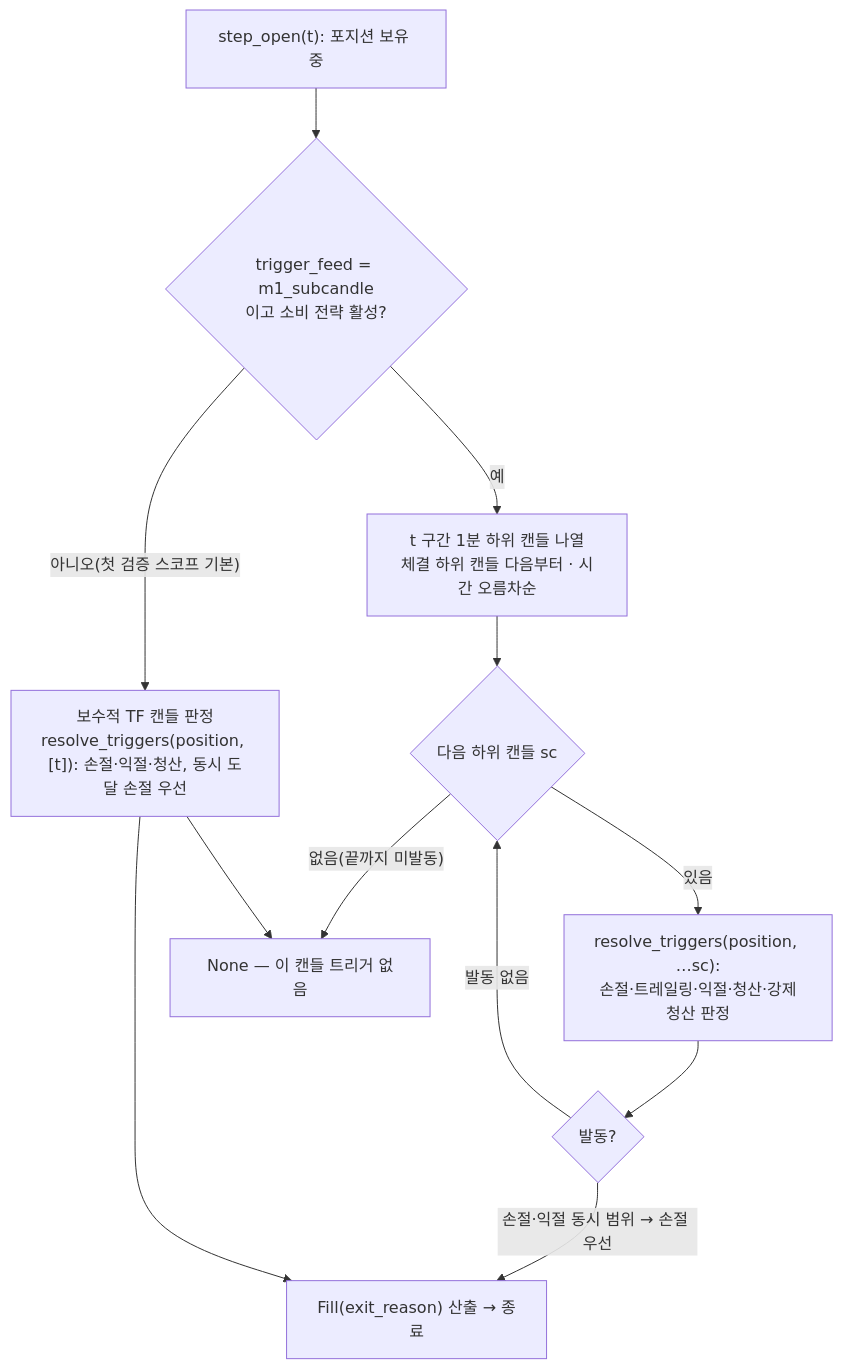
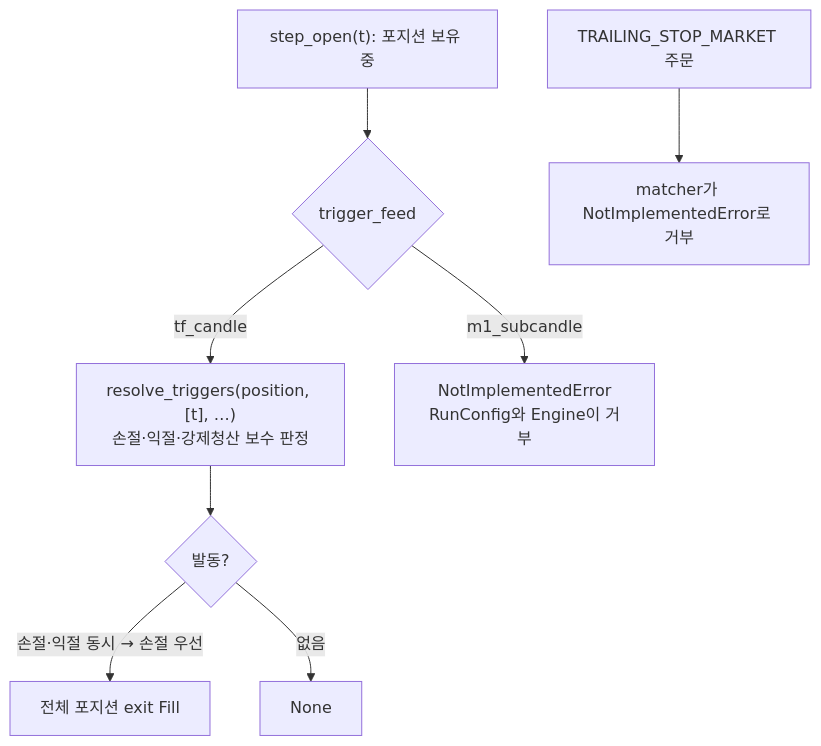
Diagram 29 of 38 in docs/fullspec/backtest_v2_detailed_design.md (vessel35/trading-system-v2), drawn with Mermaid before and after one commit. The commit also changed other lines of this file and 1 other file, not shown here.

````diff
--- a/docs/fullspec/backtest_v2_detailed_design.md
+++ b/docs/fullspec/backtest_v2_detailed_design.md
@@ -3063,14 +3623,10 @@
 ```mermaid
 flowchart TD
-    START["step_open(t): 포지션 보유 중"] --> HASSUB{"trigger_feed = m1_subcandle<br/>이고 소비 전략 활성?"}
-    HASSUB -->|"아니오(첫 검증 스코프 기본)"| TF["보수적 TF 캔들 판정<br/>resolve_triggers(position, [t]): 손절·익절·청산, 동시 도달 손절 우선"]
-    HASSUB -->|"예"| SUB["t 구간 1분 하위 캔들 나열<br/>체결 하위 캔들 다음부터 · 시간 오름차순"]
-    SUB --> ITER{"다음 하위 캔들 sc"}
-    ITER -->|"있음"| CHK["resolve_triggers(position, …sc):<br/>손절·트레일링·익절·청산·강제청산 판정"]
-    CHK --> FIRE{"발동?"}
-    FIRE -->|"손절·익절 동시 범위 → 손절 우선"| OUT["Fill(exit_reason) 산출 → 종료"]
-    FIRE -->|"발동 없음"| ITER
-    ITER -->|"없음(끝까지 미발동)"| NONE["None — 이 캔들 트리거 없음"]
-    TF --> OUT
-    TF --> NONE
+    START["step_open(t): 포지션 보유 중"] --> FEED{"trigger_feed"}
+    FEED -->|"tf_candle"| TF["resolve_triggers(position, [t], …)<br/>손절·익절·강제청산 보수 판정"]
+    FEED -->|"m1_subcandle"| REJECT["NotImplementedError<br/>RunConfig와 Engine이 거부"]
+    TF --> FIRE{"발동?"}
+    FIRE -->|"손절·익절 동시 → 손절 우선"| OUT["전체 포지션 exit Fill"]
+    FIRE -->|"없음"| NONE["None"]
+    TRAIL["TRAILING_STOP_MARKET 주문"] --> TFAIL["matcher가 NotImplementedError로 거부"]
 ```
````
